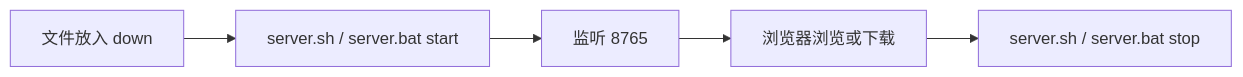
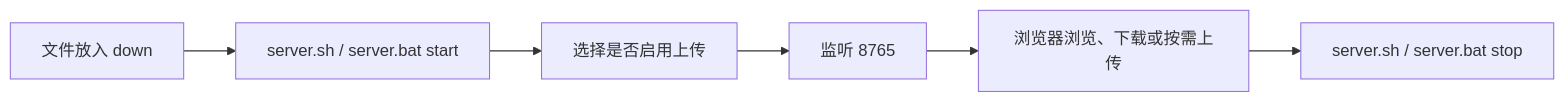
The diagram in README.md (winskymobile/NetPull), drawn with Mermaid before and after one commit. The commit also changed other lines of this file and 5 other files, not shown here.

````diff
--- a/README.md
+++ b/README.md
@@ -210,7 +222,8 @@
 ```mermaid
 flowchart LR
   A[文件放入 down] --> B["server.sh / server.bat start"]
-  B --> C[监听 8765]
-  C --> D[浏览器浏览或下载]
+  B --> B2[选择是否启用上传]
+  B2 --> C[监听 8765]
+  C --> D[浏览器浏览、下载或按需上传]
   D --> E["server.sh / server.bat stop"]
 ```
````
